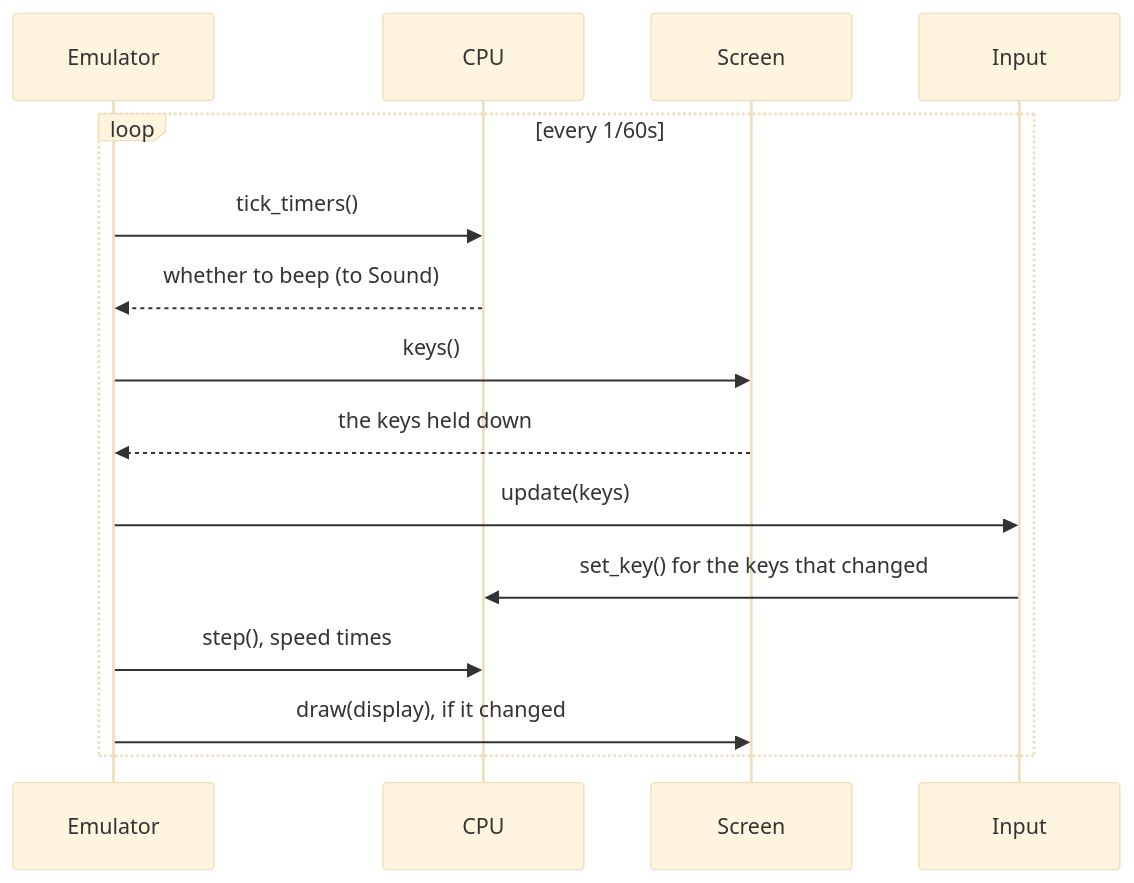
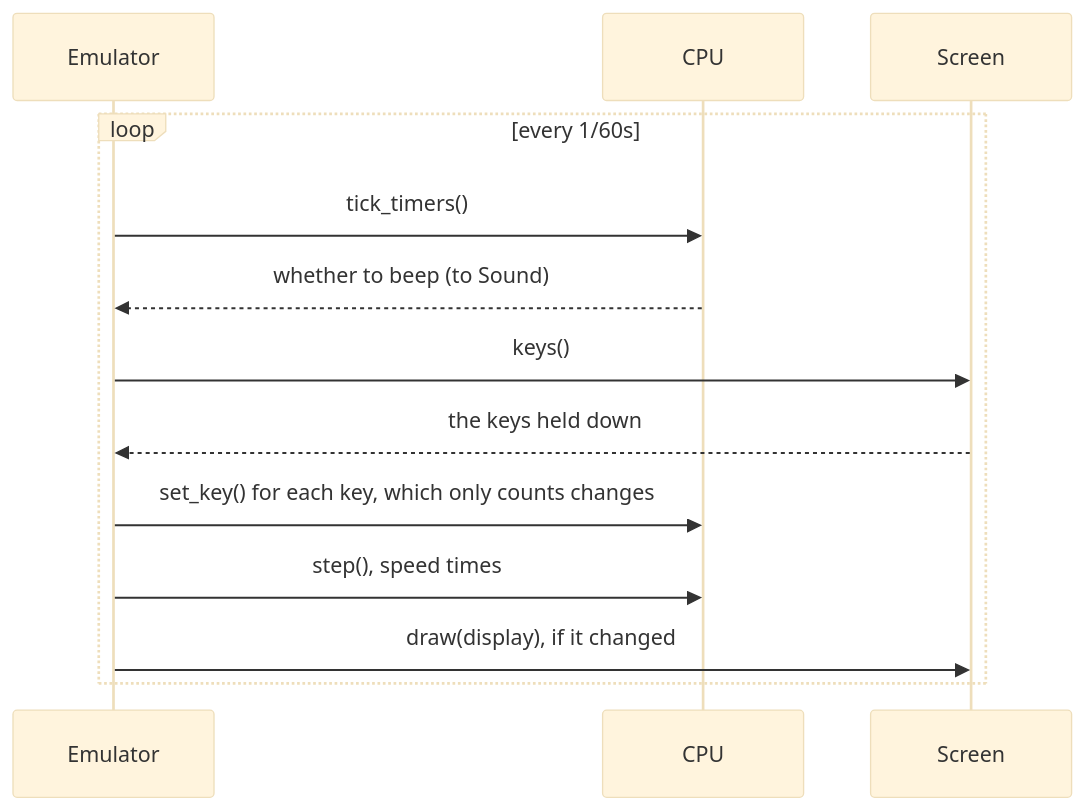
Before and after one commit to ignatiusreza/chip8: the second of 2 diagrams in README.md, drawn with Mermaid (base theme). The commit also changed other lines of this file and 23 other files, not shown here.

First line of the commit message:
Count only key changes in the CPU, and drop Input

````diff
--- a/README.md
+++ b/README.md
@@ -187,18 +185,16 @@
 ```mermaid
 sequenceDiagram
     participant E as Emulator
     participant C as CPU
     participant S as Screen
-    participant I as Input
 
     loop every 1/60s
         E->>C: tick_timers()
         C-->>E: whether to beep (to Sound)
         E->>S: keys()
         S-->>E: the keys held down
-        E->>I: update(keys)
-        I->>C: set_key() for the keys that changed
+        E->>C: set_key() for each key, which only counts changes
         E->>C: step(), speed times
         E->>S: draw(display), if it changed
     end
 ```
````
